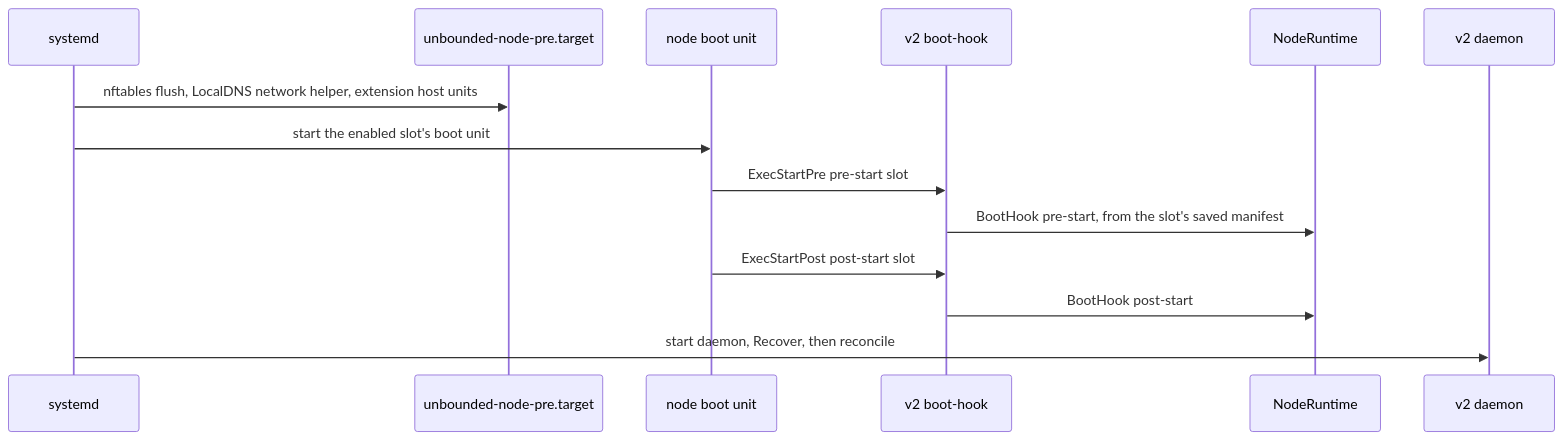
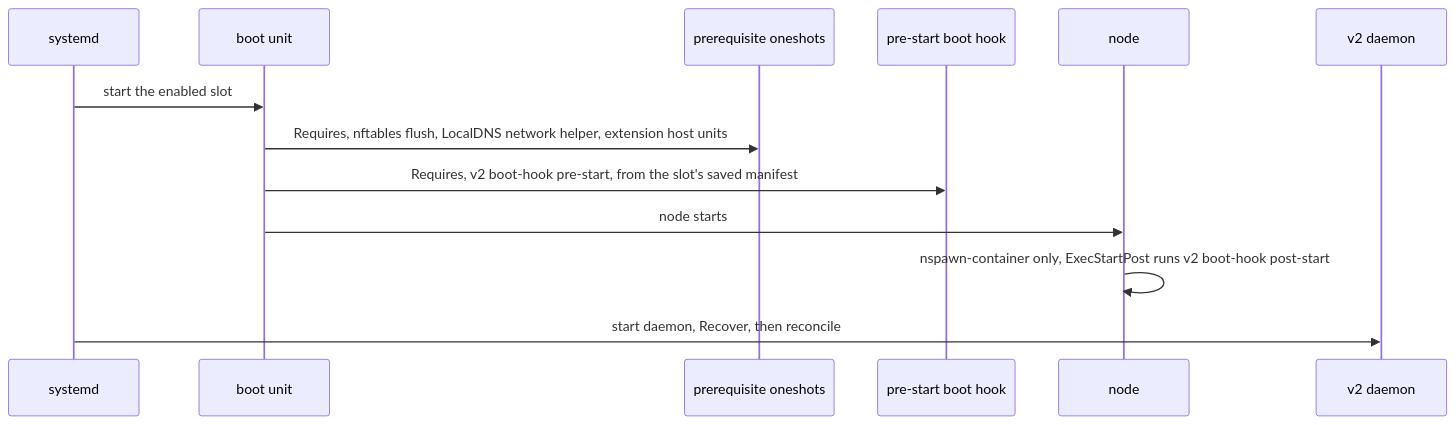
One commit to Azure/unbounded changed the fourth of 9 diagrams in designs/agent-v2.md. Above: the diagram before and after it, drawn with Mermaid. The commit also changed other lines of this file and 1 other file, not shown here.

First line of the commit message:
designs: attach agent v2 node prerequisites directly to boot units

````diff
--- a/designs/agent-v2.md
+++ b/designs/agent-v2.md
@@ -1156,16 +1179,15 @@
 ```mermaid
 sequenceDiagram
   participant SD as systemd
-  participant Pre as unbounded-node-pre.target
-  participant U as node boot unit
-  participant A as v2 boot-hook
-  participant RT as NodeRuntime
+  participant U as boot unit
+  participant P as prerequisite oneshots
+  participant H as pre-start boot hook
+  participant N as node
   participant D as v2 daemon
-  SD->>Pre: nftables flush, LocalDNS network helper, extension host units
-  SD->>U: start the enabled slot's boot unit
-  U->>A: ExecStartPre pre-start slot
-  A->>RT: BootHook pre-start, from the slot's saved manifest
-  U->>A: ExecStartPost post-start slot
-  A->>RT: BootHook post-start
+  SD->>U: start the enabled slot
+  U->>P: Requires, nftables flush, LocalDNS network helper, extension host units
+  U->>H: Requires, v2 boot-hook pre-start, from the slot's saved manifest
+  U->>N: node starts
+  N->>N: nspawn-container only, ExecStartPost runs v2 boot-hook post-start
   SD->>D: start daemon, Recover, then reconcile
 ```
````
